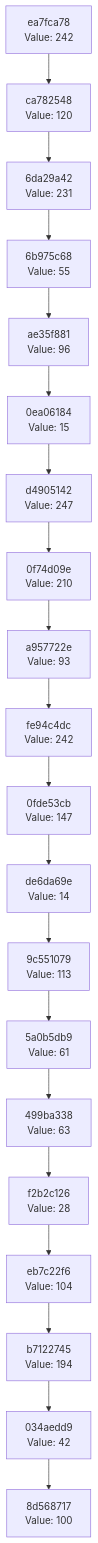
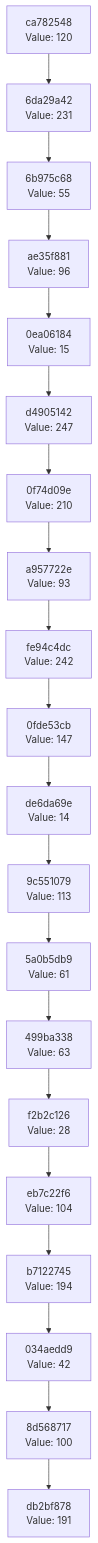
Before and after one commit to Abhisheksinha1506/hash-chain-evolver: the diagram in docs/CHAIN_VISUALIZATION.md, drawn with Mermaid. The commit also changed 2 other files, not shown here.

Commit message:
Evolution step: hash 0xBF → action executed

````diff
--- a/docs/CHAIN_VISUALIZATION.md
+++ b/docs/CHAIN_VISUALIZATION.md
@@ -3,42 +3,42 @@
 ```mermaid
 graph TD
-    C0["8d568717<br/>Value: 100"]
-    C1["034aedd9<br/>Value: 42"]
+    C0["db2bf878<br/>Value: 191"]
+    C1["8d568717<br/>Value: 100"]
     C1 --> C0
-    C2["b7122745<br/>Value: 194"]
+    C2["034aedd9<br/>Value: 42"]
     C2 --> C1
-    C3["eb7c22f6<br/>Value: 104"]
+    C3["b7122745<br/>Value: 194"]
     C3 --> C2
-    C4["f2b2c126<br/>Value: 28"]
+    C4["eb7c22f6<br/>Value: 104"]
     C4 --> C3
-    C5["499ba338<br/>Value: 63"]
+    C5["f2b2c126<br/>Value: 28"]
     C5 --> C4
-    C6["5a0b5db9<br/>Value: 61"]
+    C6["499ba338<br/>Value: 63"]
     C6 --> C5
-    C7["9c551079<br/>Value: 113"]
+    C7["5a0b5db9<br/>Value: 61"]
     C7 --> C6
-    C8["de6da69e<br/>Value: 14"]
+    C8["9c551079<br/>Value: 113"]
     C8 --> C7
-    C9["0fde53cb<br/>Value: 147"]
+    C9["de6da69e<br/>Value: 14"]
     C9 --> C8
-    C10["fe94c4dc<br/>Value: 242"]
+    C10["0fde53cb<br/>Value: 147"]
     C10 --> C9
-    C11["a957722e<br/>Value: 93"]
+    C11["fe94c4dc<br/>Value: 242"]
     C11 --> C10
-    C12["0f74d09e<br/>Value: 210"]
+    C12["a957722e<br/>Value: 93"]
     C12 --> C11
-    C13["d4905142<br/>Value: 247"]
+    C13["0f74d09e<br/>Value: 210"]
     C13 --> C12
-    C14["0ea06184<br/>Value: 15"]
+    C14["d4905142<br/>Value: 247"]
     C14 --> C13
-    C15["ae35f881<br/>Value: 96"]
+    C15["0ea06184<br/>Value: 15"]
     C15 --> C14
-    C16["6b975c68<br/>Value: 55"]
+    C16["ae35f881<br/>Value: 96"]
     C16 --> C15
-    C17["6da29a42<br/>Value: 231"]
+    C17["6b975c68<br/>Value: 55"]
     C17 --> C16
-    C18["ca782548<br/>Value: 120"]
+    C18["6da29a42<br/>Value: 231"]
     C18 --> C17
-    C19["ea7fca78<br/>Value: 242"]
+    C19["ca782548<br/>Value: 120"]
     C19 --> C18
 ```
````
